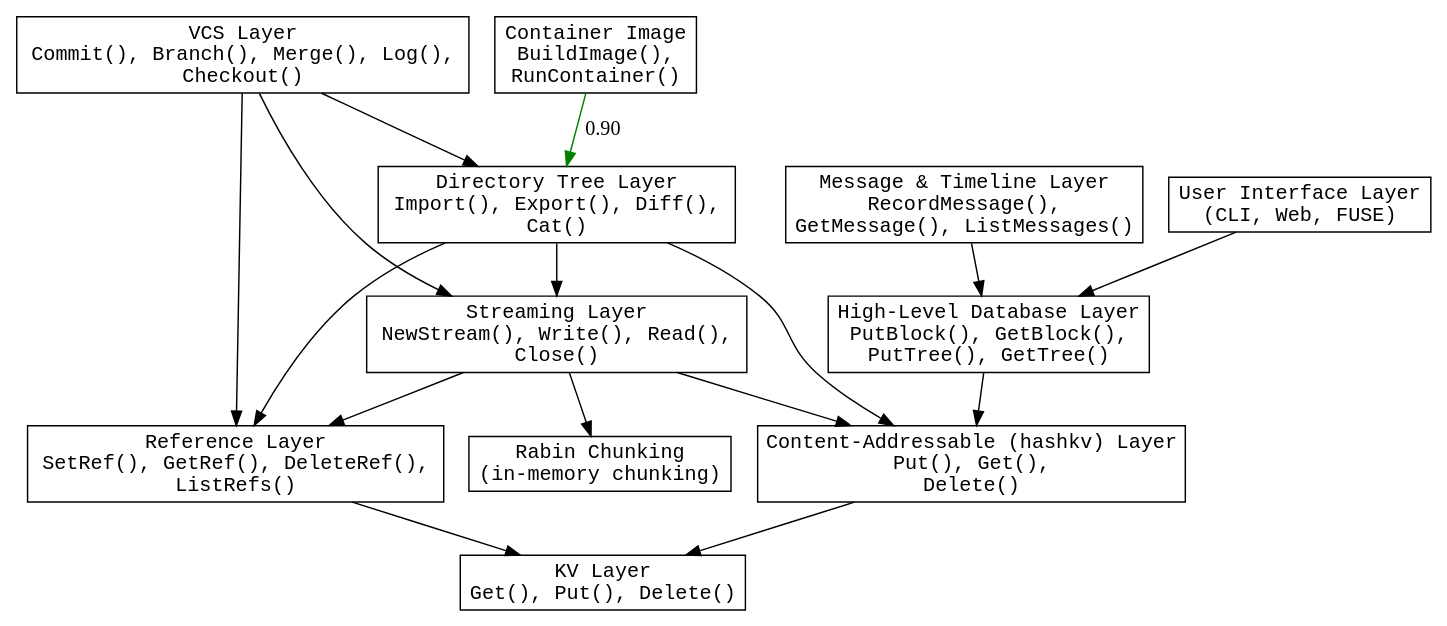
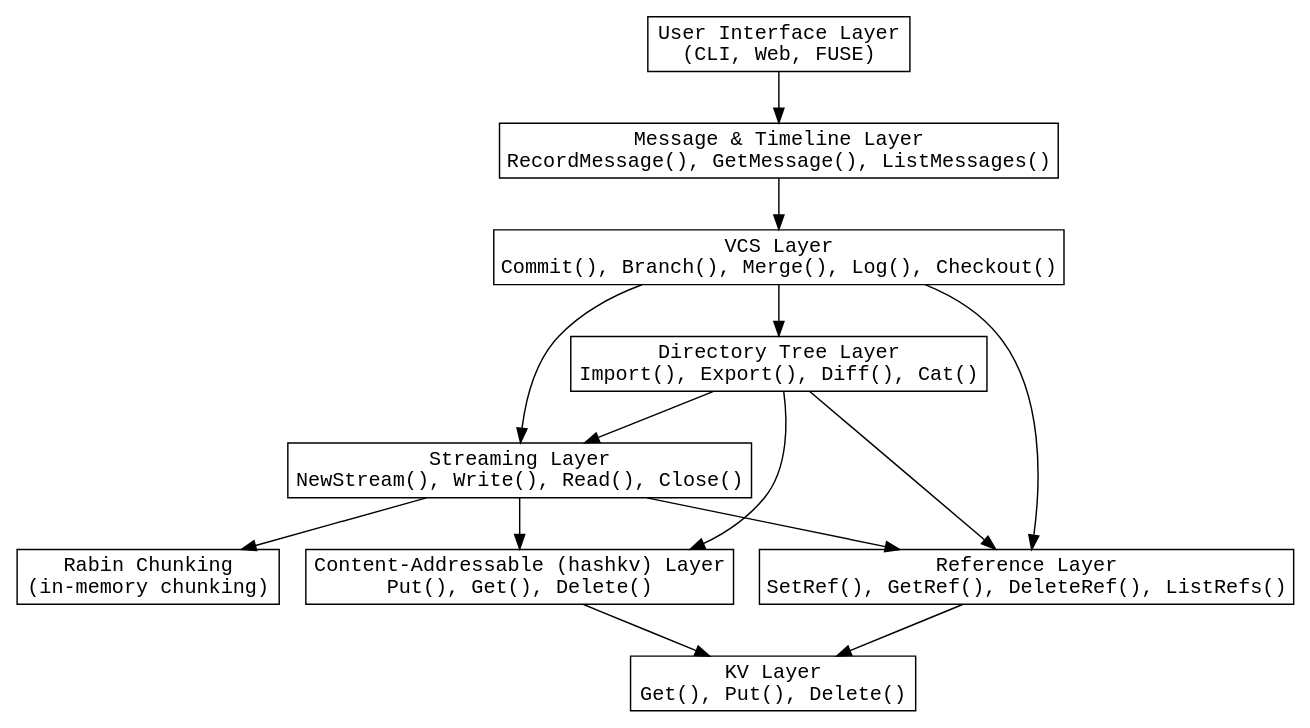
One commit to stevegt/promisebase changed the diagram in x/layers.dot. Above: the diagram before and after it, drawn with Graphviz. The commit also changed 2 other files, not shown here.

```diff
--- a/x/layers.dot
+++ b/x/layers.dot
@@ -1,45 +1,33 @@
 /* This graph illustrates the layered architecture for
 Promisebase. Each node represents a module or layer and edges
 indicate dependencies as specified in layers.md. */
 digraph Layers {
   rankdir=TB;
   node [shape=box, style=filled, fillcolor=white,
     fontname="monospace"];
 
   UI [label="User Interface Layer\n(CLI, Web, FUSE)"];
-  MsgTimeline [label="Message & Timeline Layer\nRecordMessage(), 
-GetMessage(), ListMessages()"];
-  VCS [label="VCS Layer\nCommit(), Branch(), Merge(), Log(), 
-Checkout()"];
-  DB [label="High-Level Database Layer\nPutBlock(), GetBlock(), 
-PutTree(), GetTree()"];
-  DirTree [label="Directory Tree Layer\nImport(), Export(), Diff(), 
-Cat()"];
-  Stream [label="Streaming Layer\nNewStream(), Write(), Read(), 
-Close()"];
-  Refs [label="Reference Layer\nSetRef(), GetRef(), DeleteRef(), 
-ListRefs()"];
-  HashKV [label="Content-Addressable (hashkv) Layer\nPut(), Get(), 
-Delete()"];
+  MsgTimeline [label="Message & Timeline Layer\nRecordMessage(), GetMessage(), ListMessages()"];
+  VCS [label="VCS Layer\nCommit(), Branch(), Merge(), Log(), Checkout()"];
+  DirTree [label="Directory Tree Layer\nImport(), Export(), Diff(), Cat()"];
+  Stream [label="Streaming Layer\nNewStream(), Write(), Read(), Close()"];
+  Refs [label="Reference Layer\nSetRef(), GetRef(), DeleteRef(), ListRefs()"];
+  HashKV [label="Content-Addressable (hashkv) Layer\nPut(), Get(), Delete()"];
   KV [label="KV Layer\nGet(), Put(), Delete()"];
   Rabin [label="Rabin Chunking\n(in-memory chunking)"];
-  ContainerImage [label="Container Image\nBuildImage(), 
-RunContainer()"];
 
   // Dependencies from layers.md
-  UI -> DB;
-  MsgTimeline -> DB;
-  DB -> HashKV;
+  UI -> MsgTimeline;
+  MsgTimeline -> VCS;
   VCS -> DirTree;
   VCS -> Stream;
   VCS -> Refs;
   DirTree -> HashKV;
   DirTree -> Refs;
   DirTree -> Stream;
   Stream -> HashKV;
   Stream -> Refs;
   Stream -> Rabin;
   HashKV -> KV;
   Refs -> KV;
-  ContainerImage -> DirTree [label="0.90", color="green"];
 }
```
